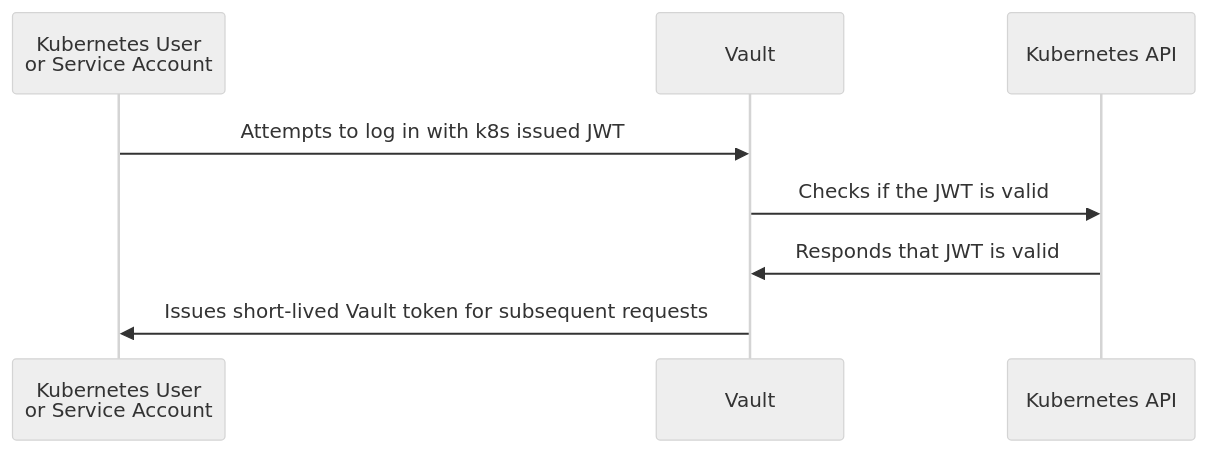
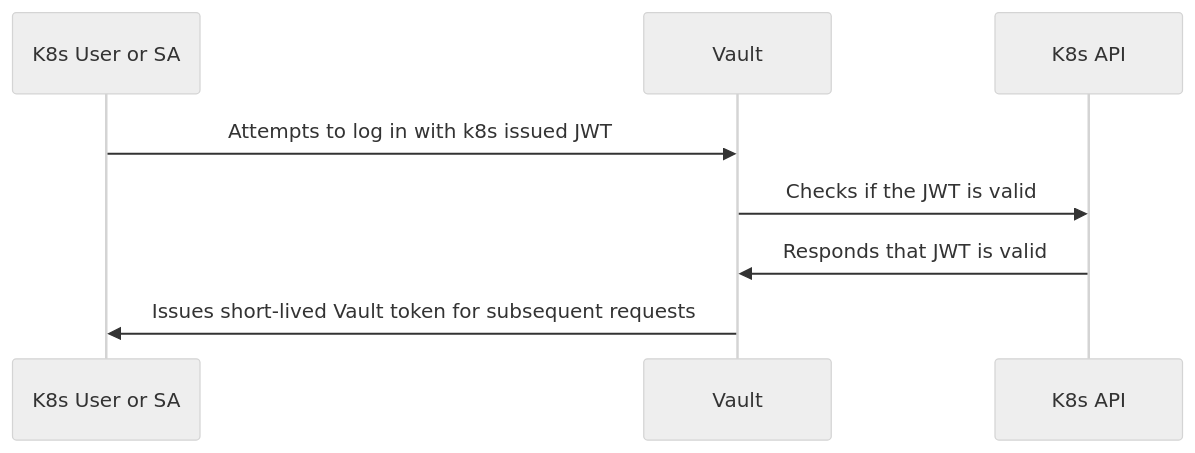
Before and after one commit to hello-world-vault/.github: the diagram in vault-101.md, drawn with Mermaid (neutral theme).

Commit message:
Use abbreviations for diagram participants

````diff
--- a/vault-101.md
+++ b/vault-101.md
@@ -64,11 +64,11 @@
 ```mermaid
 sequenceDiagram
-    participant User as Kubernetes User<br />or Service Account
+    participant User as K8s User or SA
     participant Vault
-    participant K8s as Kubernetes API
+    participant K8s as K8s API
 
     User->>Vault: Attempts to log in with k8s issued JWT
     Vault->>K8s: Checks if the JWT is valid
     K8s->>Vault: Responds that JWT is valid
     Vault->>User: Issues short-lived Vault token for subsequent requests
 ```
````
